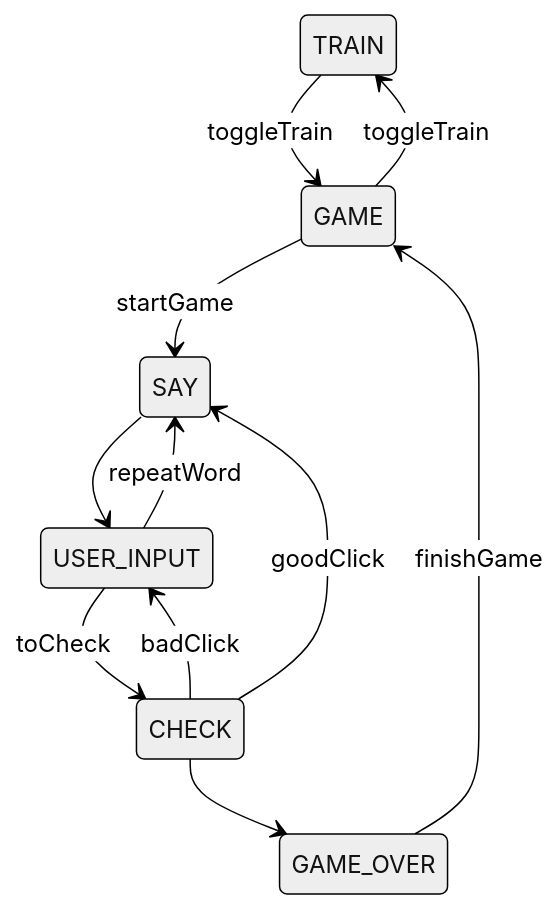
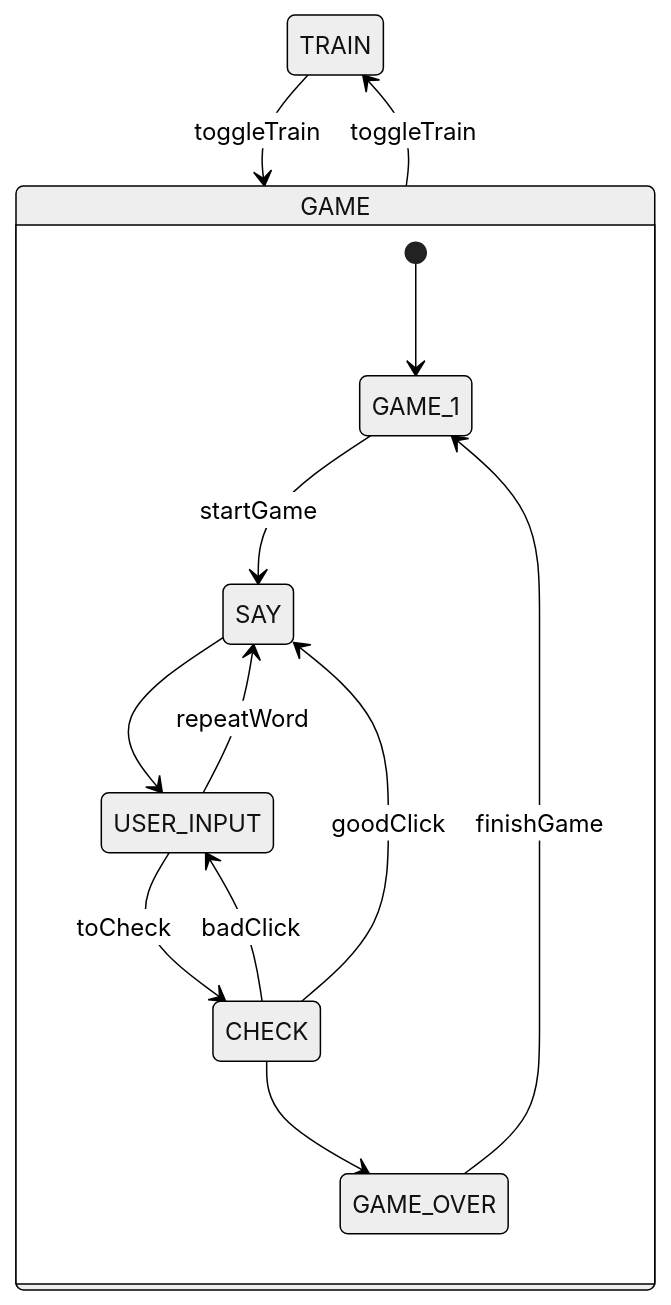
Before and after one commit to cucumberian/_mathshub_react_final: the diagram in README.md, drawn with Mermaid (neutral theme). The commit also changed other lines of this file, not shown here.

Commit message:
doc: fix state diagram and some mispellings

````diff
--- a/README.md
+++ b/README.md
@@ -37,13 +37,16 @@
 ```mermaid
 stateDiagram
    TRAIN --> GAME : toggleTrain
    GAME --> TRAIN : toggleTrain
-   GAME --> SAY : startGame
+   State GAME {
+      [*] --> GAME_1
+   GAME_1 --> SAY : startGame
    SAY --> USER_INPUT
    USER_INPUT --> SAY : repeatWord
    USER_INPUT --> CHECK : toCheck
    CHECK --> USER_INPUT : badClick
    CHECK --> SAY : goodClick
    CHECK --> GAME_OVER
-   GAME_OVER --> GAME : finishGame
+   GAME_OVER --> GAME_1 : finishGame
+   }
 ```
````
